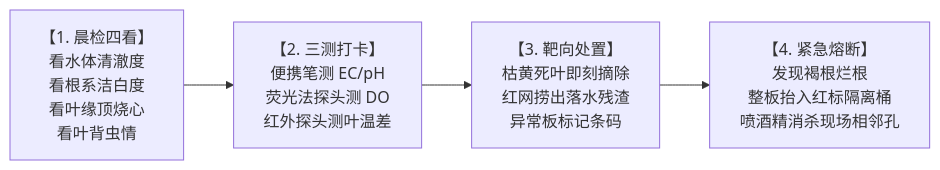
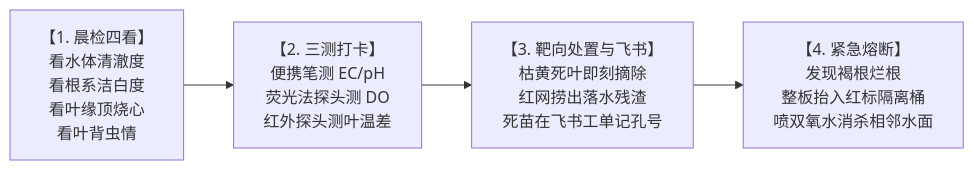
The diagram in docs/04_subsystems/02_hydroponics/sop_kanban/KB-04_深水跑道日常巡检与病弱株隔离看板.md (digitalboy/aquaponics), drawn with Mermaid before and after one commit. The commit also changed other lines of this file and 9 other files, not shown here.

````diff
--- a/docs/04_subsystems/02_hydroponics/sop_kanban/KB-04_深水跑道日常巡检与病弱株隔离看板.md
+++ b/docs/04_subsystems/02_hydroponics/sop_kanban/KB-04_深水跑道日常巡检与病弱株隔离看板.md
@@ -21,5 +21,5 @@
 ```mermaid
 flowchart LR
     A["【1. 晨检四看】<br>看水体清澈度<br>看根系洁白度<br>看叶缘顶烧心<br>看叶背虫情"] --> B["【2. 三测打卡】<br>便携笔测 EC/pH<br>荧光法探头测 DO<br>红外探头测叶温差"]
-    B --> C["【3. 靶向处置】<br>枯黄死叶即刻摘除<br>红网捞出落水残渣<br>异常板标记条码"] --> D["【4. 紧急熔断】<br>发现褐根烂根<br>整板抬入红标隔离桶<br>喷酒精消杀现场相邻孔"]
+    B --> C["【3. 靶向处置与飞书】<br>枯黄死叶即刻摘除<br>红网捞出落水残渣<br>死苗在飞书工单记孔号"] --> D["【4. 紧急熔断】<br>发现褐根烂根<br>整板抬入红标隔离桶<br>喷双氧水消杀相邻水面"]
 ```
````
